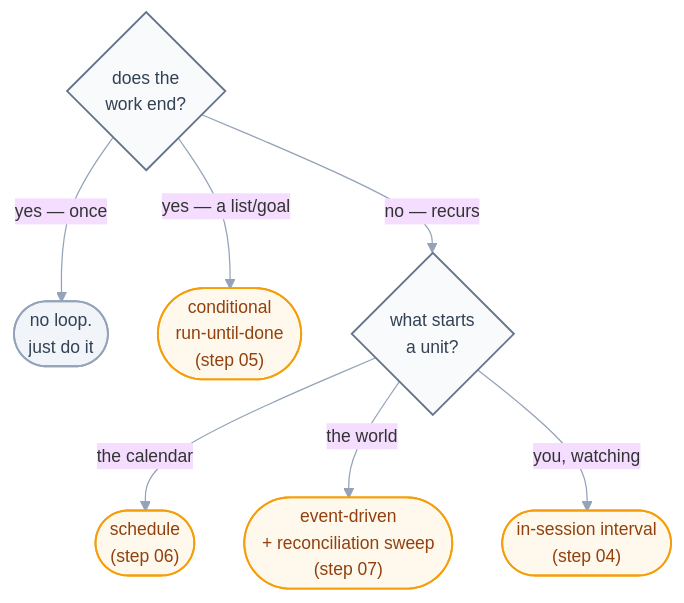
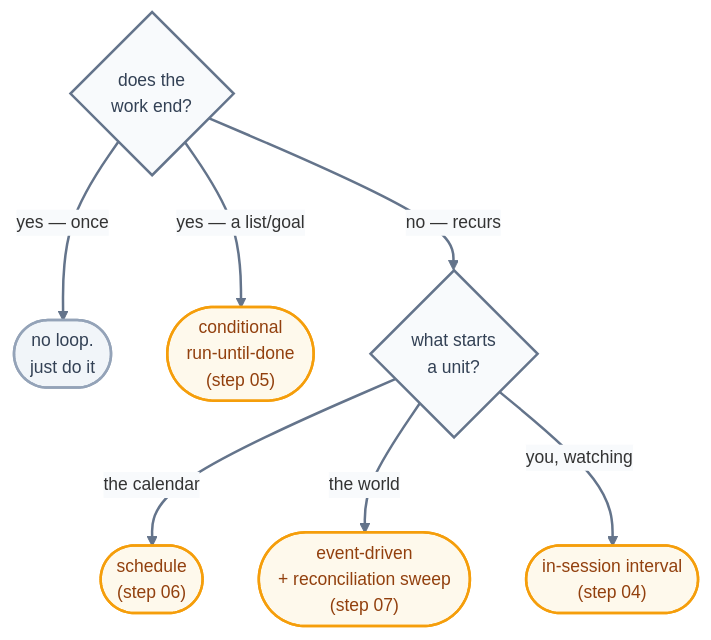
Before and after one commit to ayeshakhalid192007-dev/LoopEngineering-CrashCourse: the diagram in docs/09-methods/pattern-picker.md, drawn with Mermaid. The commit also changed 66 other files, not shown here.

First line of the commit message:
docs(diagrams): bolden and unify all 70 mermaid diagrams

````diff
--- a/docs/09-methods/pattern-picker.md
+++ b/docs/09-methods/pattern-picker.md
@@ -19,13 +19,14 @@
 ```mermaid
-%%{init: {'theme':'base','themeVariables':{'fontFamily':'ui-sans-serif, system-ui, sans-serif','fontSize':'14px','lineColor':'#94a3b8'},'flowchart':{'curve':'basis','nodeSpacing':40,'rankSpacing':45,'padding':10}}}%%
+%%{init: {'theme':'base','themeVariables':{'fontFamily':'ui-sans-serif, system-ui, sans-serif','fontSize':'14px','lineColor':'#64748b','edgeLabelBackground':'#f8fafc'},'flowchart':{'curve':'basis','nodeSpacing':45,'rankSpacing':55,'padding':12}}}%%
 flowchart TD
     Q1{"does the<br/>work end?"}:::q -->|"yes — once"| NONE(["no loop.<br/>just do it"]):::stop
     Q1 -->|"yes — a list/goal"| COND(["conditional<br/>run-until-done<br/>(step 05)"]):::hb
     Q1 -->|"no — recurs"| Q2{"what starts<br/>a unit?"}:::q
     Q2 -->|"the calendar"| SCHED(["schedule<br/>(step 06)"]):::hb
     Q2 -->|"the world"| EV(["event-driven<br/>+ reconciliation sweep<br/>(step 07)"]):::hb
     Q2 -->|"you, watching"| SESS(["in-session interval<br/>(step 04)"]):::hb
-    classDef q fill:#f8fafc,stroke:#64748b,stroke-width:1.5px,color:#334155;
-    classDef hb fill:#fef9ec,stroke:#f59e0b,stroke-width:1.5px,color:#92400e;
-    classDef stop fill:#f1f5f9,stroke:#94a3b8,stroke-width:1.5px,color:#334155;
+    linkStyle default stroke:#64748b,stroke-width:2px;
+    classDef q fill:#f8fafc,stroke:#64748b,stroke-width:2px,color:#334155;
+    classDef hb fill:#fef9ec,stroke:#f59e0b,stroke-width:2px,color:#92400e;
+    classDef stop fill:#f1f5f9,stroke:#94a3b8,stroke-width:2px,color:#334155;
 ```
````
